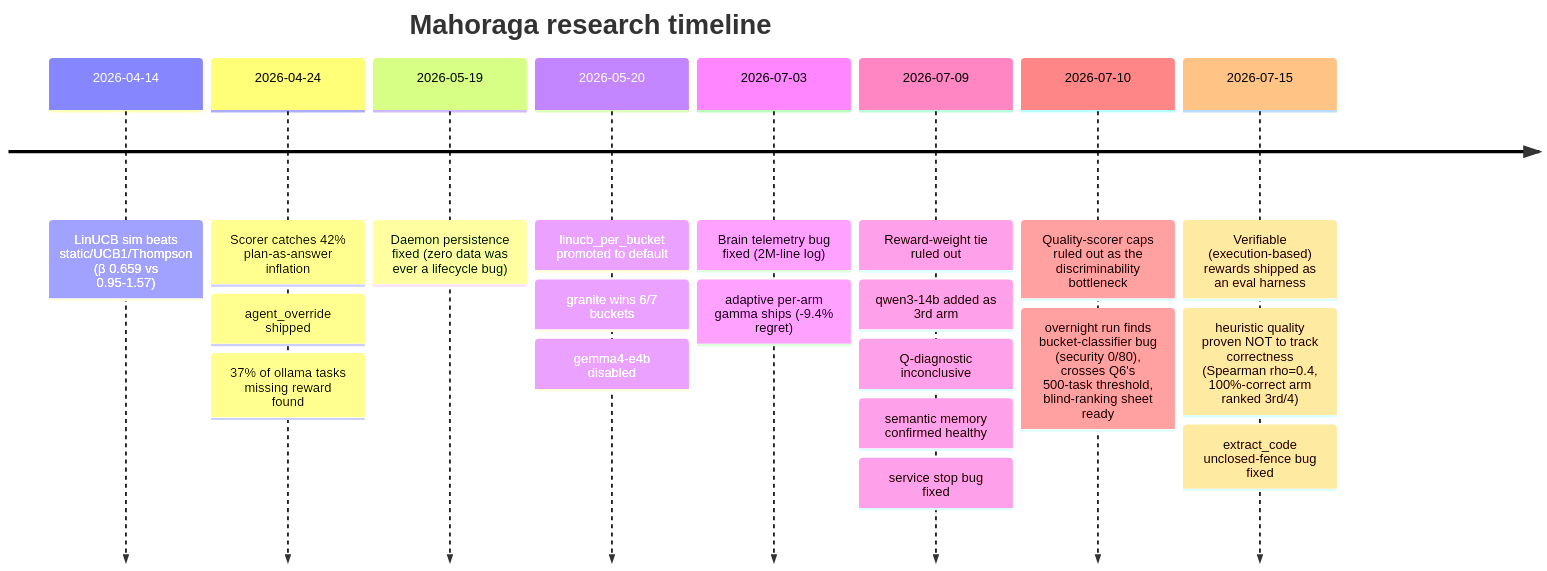
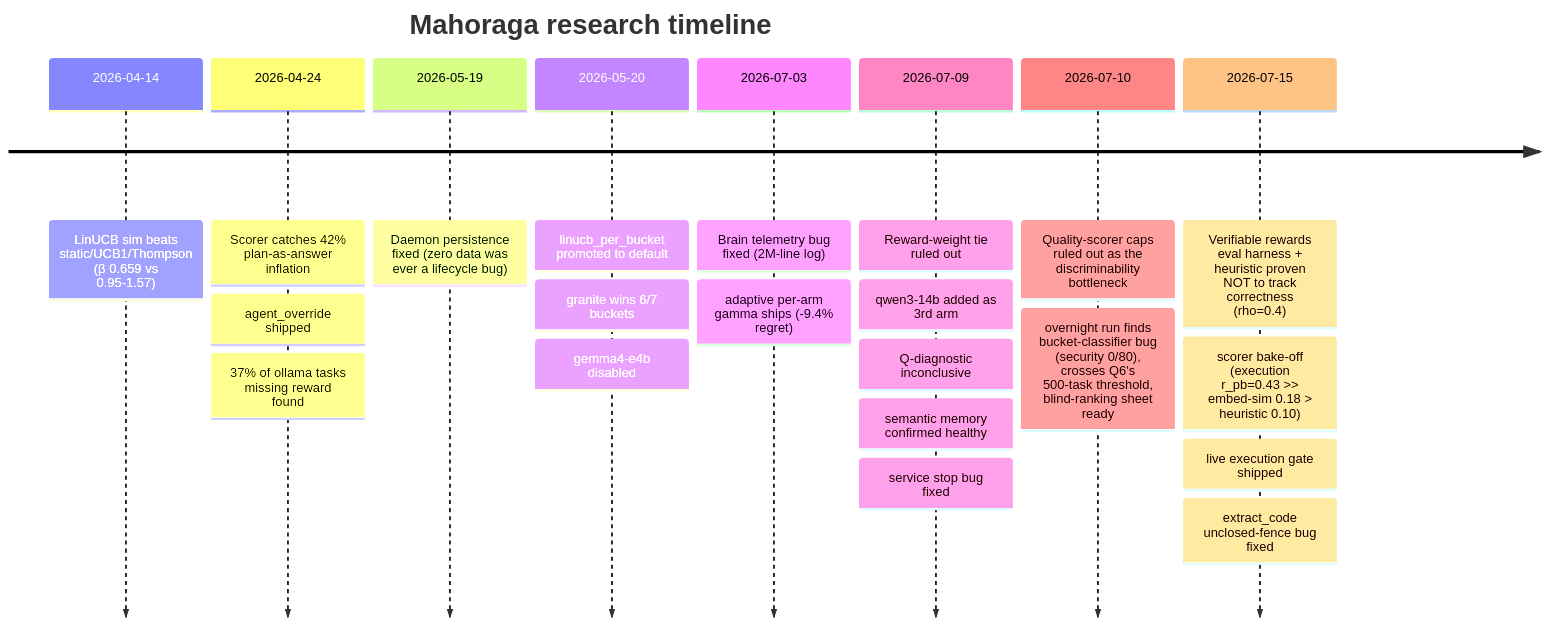
One commit to pockanoodles/Mahoraga changed the diagram in brain/state/findings.md. Above: the diagram before and after it, drawn with Mermaid. The commit also changed other lines of this file and 1 other file, not shown here.

First line of the commit message:
docs(brain): Era 10 — scorer bake-off + live execution gate

````diff
--- a/brain/state/findings.md
+++ b/brain/state/findings.md
@@ -9,12 +9,12 @@
 ```mermaid
 timeline
     title Mahoraga research timeline
     2026-04-14 : LinUCB sim beats static/UCB1/Thompson (β 0.659 vs 0.95-1.57)
     2026-04-24 : Scorer catches 42% plan-as-answer inflation : agent_override shipped : 37% of ollama tasks missing reward found
     2026-05-19 : Daemon persistence fixed (zero data was ever a lifecycle bug)
     2026-05-20 : linucb_per_bucket promoted to default : granite wins 6/7 buckets : gemma4-e4b disabled
     2026-07-03 : Brain telemetry bug fixed (2M-line log) : adaptive per-arm gamma ships (-9.4% regret)
     2026-07-09 : Reward-weight tie ruled out : qwen3-14b added as 3rd arm : Q-diagnostic inconclusive : semantic memory confirmed healthy : service stop bug fixed
     2026-07-10 : Quality-scorer caps ruled out as the discriminability bottleneck : overnight run finds bucket-classifier bug (security 0/80), crosses Q6's 500-task threshold, blind-ranking sheet ready
-    2026-07-15 : Verifiable (execution-based) rewards shipped as an eval harness : heuristic quality proven NOT to track correctness (Spearman rho=0.4, 100%-correct arm ranked 3rd/4) : extract_code unclosed-fence bug fixed
+    2026-07-15 : Verifiable rewards eval harness + heuristic proven NOT to track correctness (rho=0.4) : scorer bake-off (execution r_pb=0.43 >> embed-sim 0.18 > heuristic 0.10) : live execution gate shipped : extract_code unclosed-fence bug fixed
 ```
````
